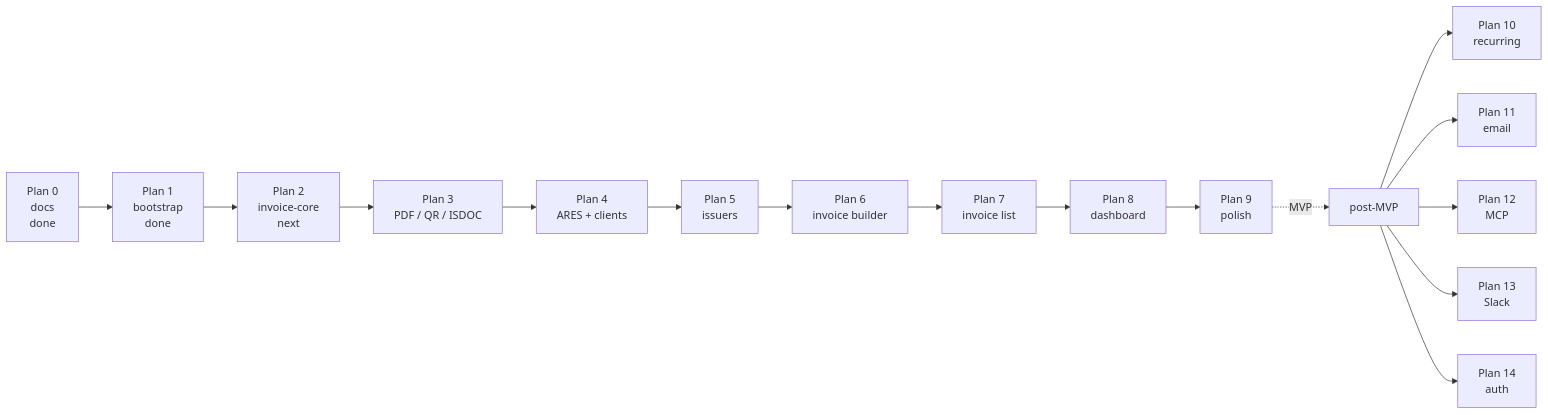
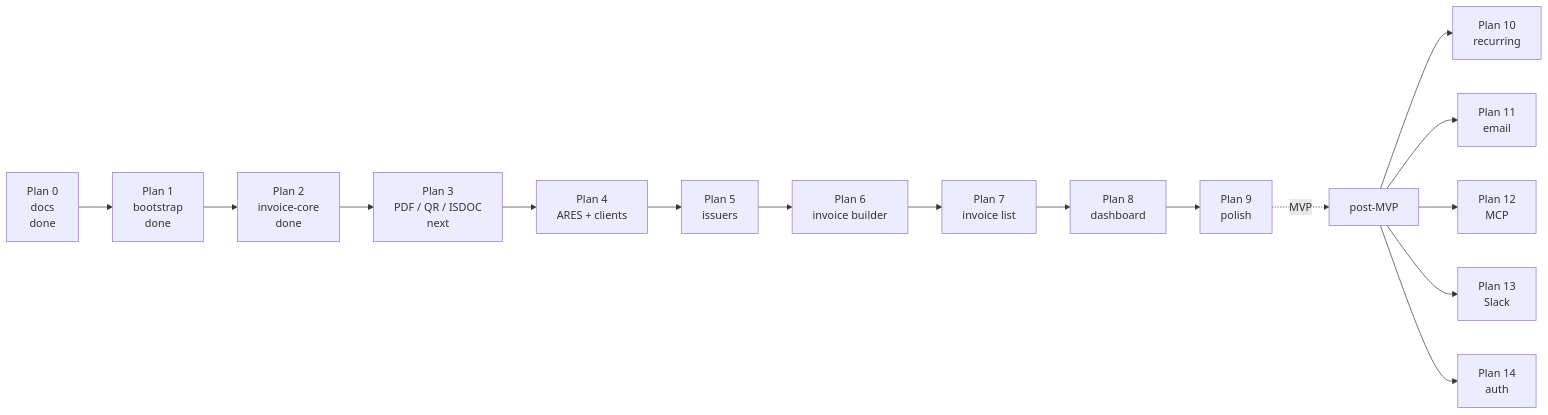
One commit to filipditrich/inveoiceyai changed the diagram in docs/roadmap.md. Above: the diagram before and after it, drawn with Mermaid. The commit also changed other lines of this file and 7 other files, not shown here.

Commit message:
docs(docs): mark plan 2 complete and align roadmap and domain notes

````diff
--- a/docs/roadmap.md
+++ b/docs/roadmap.md
@@ -7,18 +7,18 @@
 ```mermaid
 flowchart LR
     P0["Plan 0<br/>docs<br/>done"] --> P1["Plan 1<br/>bootstrap<br/>done"]
-    P1 --> P2["Plan 2<br/>invoice-core<br/>next"]
-    P2 --> P3["Plan 3<br/>PDF / QR / ISDOC"]
+    P1 --> P2["Plan 2<br/>invoice-core<br/>done"]
+    P2 --> P3["Plan 3<br/>PDF / QR / ISDOC<br/>next"]
     P3 --> P4["Plan 4<br/>ARES + clients"]
     P4 --> P5["Plan 5<br/>issuers"]
     P5 --> P6["Plan 6<br/>invoice builder"]
     P6 --> P7["Plan 7<br/>invoice list"]
     P7 --> P8["Plan 8<br/>dashboard"]
     P8 --> P9["Plan 9<br/>polish"]
     P9 -.MVP.-> Post["post-MVP"]
     Post --> P10["Plan 10<br/>recurring"]
     Post --> P11["Plan 11<br/>email"]
     Post --> P12["Plan 12<br/>MCP"]
     Post --> P13["Plan 13<br/>Slack"]
     Post --> P14["Plan 14<br/>auth"]
 ```
````
